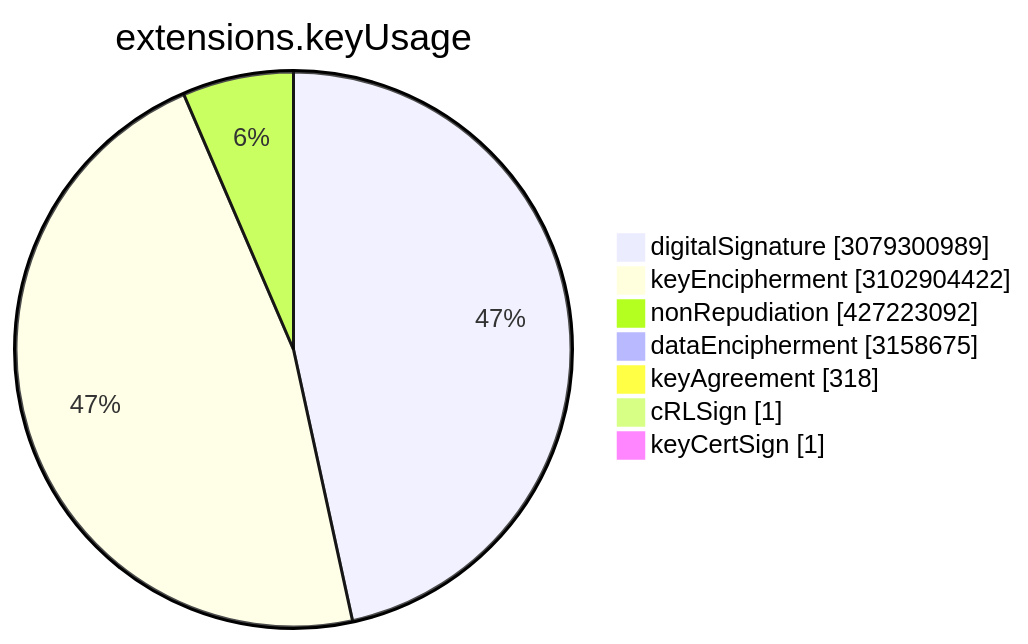
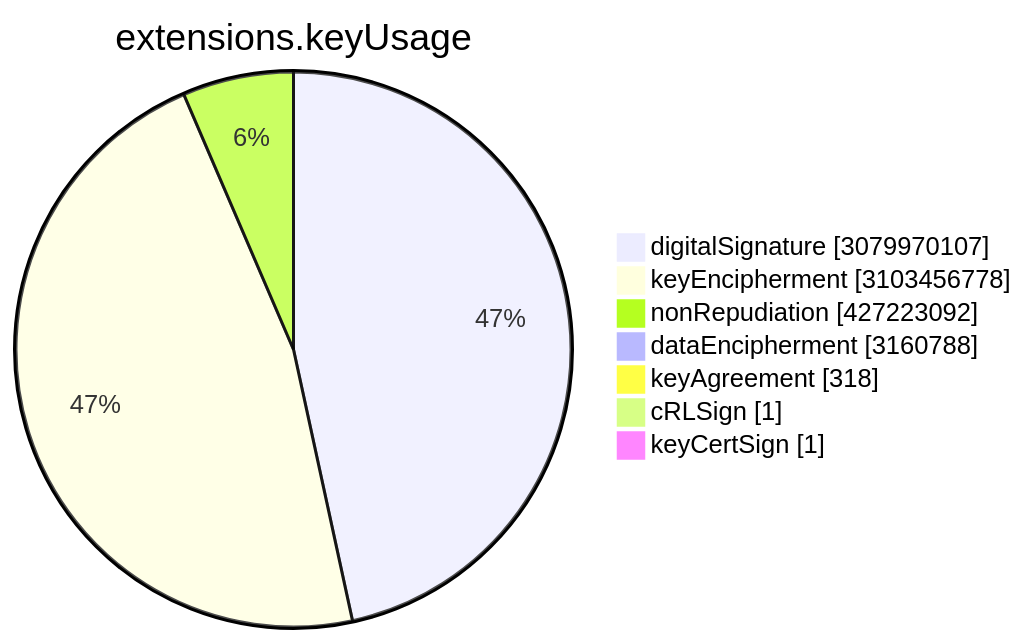
Before and after one commit to christiankrug/ctmonitor_visualization: the sixth of 15 diagrams in TOTAL/README.md, drawn with Mermaid. The commit also changed other lines of this file, not shown here.

````diff
--- a/TOTAL/README.md
+++ b/TOTAL/README.md
@@ -3075,11 +3075,11 @@
 ```mermaid
 pie showData
 title extensions.keyUsage
-"digitalSignature" :3079300989
-"keyEncipherment" :3102904422
+"digitalSignature" :3079970107
+"keyEncipherment" :3103456778
 "nonRepudiation" :427223092
-"dataEncipherment" :3158675
+"dataEncipherment" :3160788
 "keyAgreement" :318
 "cRLSign" :1
 "keyCertSign" :1
 ```
````
